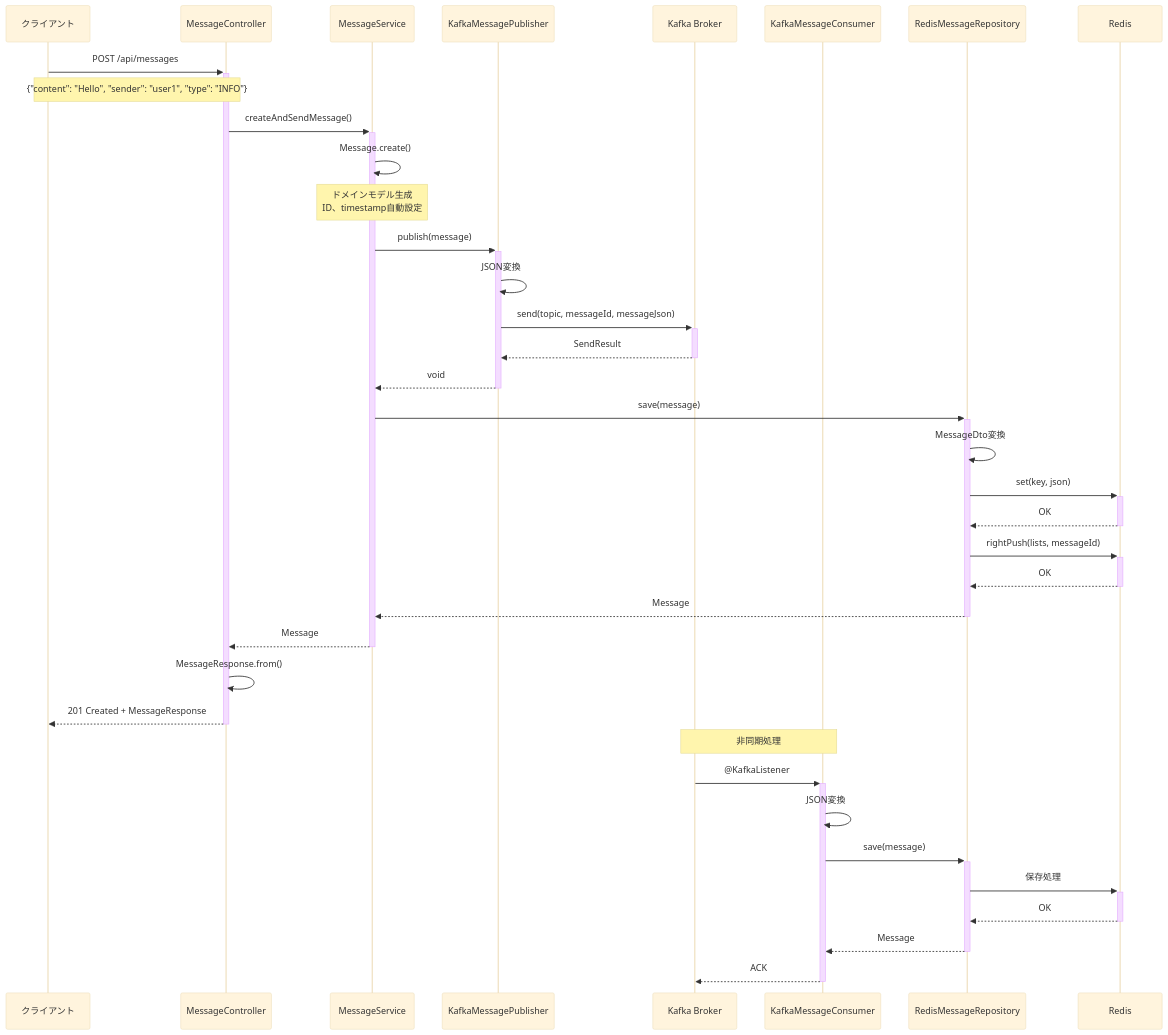
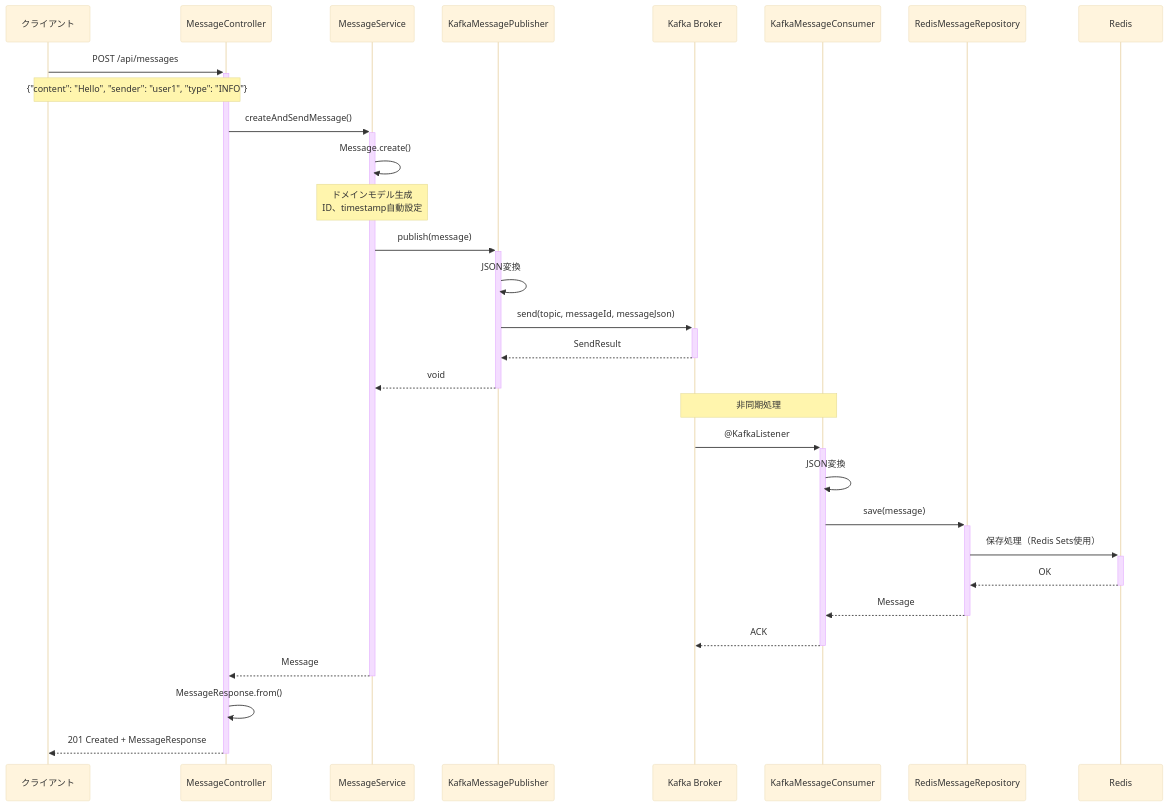
The first of 6 diagrams in docs/sequence-diagrams.md (toshiakisan1127/kafka-redis-playground), drawn with Mermaid (base theme) before and after one commit. The commit also changed other lines of this file, not shown here.

Commit message:
docs: Update sequence-diagrams.md to reflect Docker-first approach and current architecture

````diff
--- a/docs/sequence-diagrams.md
+++ b/docs/sequence-diagrams.md
@@ -7,45 +7,37 @@
 ```mermaid
 sequenceDiagram
     participant Client as クライアント
     participant Controller as MessageController
     participant Service as MessageService
     participant Publisher as KafkaMessagePublisher
     participant Kafka as Kafka Broker
     participant Consumer as KafkaMessageConsumer
     participant Repository as RedisMessageRepository
     participant Redis as Redis
 
     Client->>+Controller: POST /api/messages
     Note over Client,Controller: {"content": "Hello", "sender": "user1", "type": "INFO"}
     
     Controller->>+Service: createAndSendMessage()
     Service->>Service: Message.create()
     Note over Service: ドメインモデル生成<br/>ID、timestamp自動設定
     
     Service->>+Publisher: publish(message)
     Publisher->>Publisher: JSON変換
     Publisher->>+Kafka: send(topic, messageId, messageJson)
     Kafka-->>-Publisher: SendResult
     Publisher-->>-Service: void
     
-    Service->>+Repository: save(message)
-    Repository->>Repository: MessageDto変換
-    Repository->>+Redis: set(key, json)
+    Note over Kafka,Consumer: 非同期処理
+    Kafka->>+Consumer: @KafkaListener
+    Consumer->>Consumer: JSON変換
+    Consumer->>+Repository: save(message)
+    Repository->>+Redis: 保存処理（Redis Sets使用）
     Redis-->>-Repository: OK
-    Repository->>+Redis: rightPush(lists, messageId)
-    Redis-->>-Repository: OK
-    Repository-->>-Service: Message
+    Repository-->>-Consumer: Message
+    Consumer-->>-Kafka: ACK
     
     Service-->>-Controller: Message
     Controller->>Controller: MessageResponse.from()
     Controller-->>-Client: 201 Created + MessageResponse
-    
-    Note over Kafka,Consumer: 非同期処理
-    Kafka->>+Consumer: @KafkaListener
-    Consumer->>Consumer: JSON変換
-    Consumer->>+Repository: save(message)
-    Repository->>+Redis: 保存処理
-    Redis-->>-Repository: OK
-    Repository-->>-Consumer: Message
-    Consumer-->>-Kafka: ACK
 ```
````
